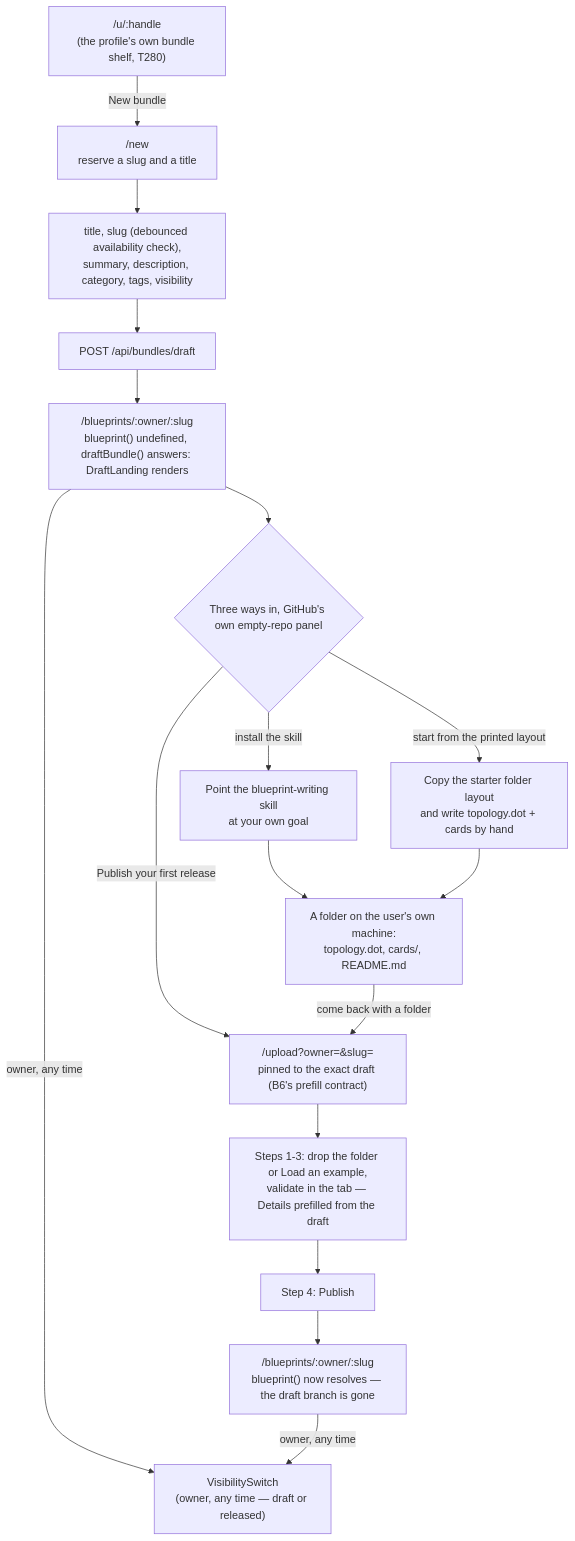
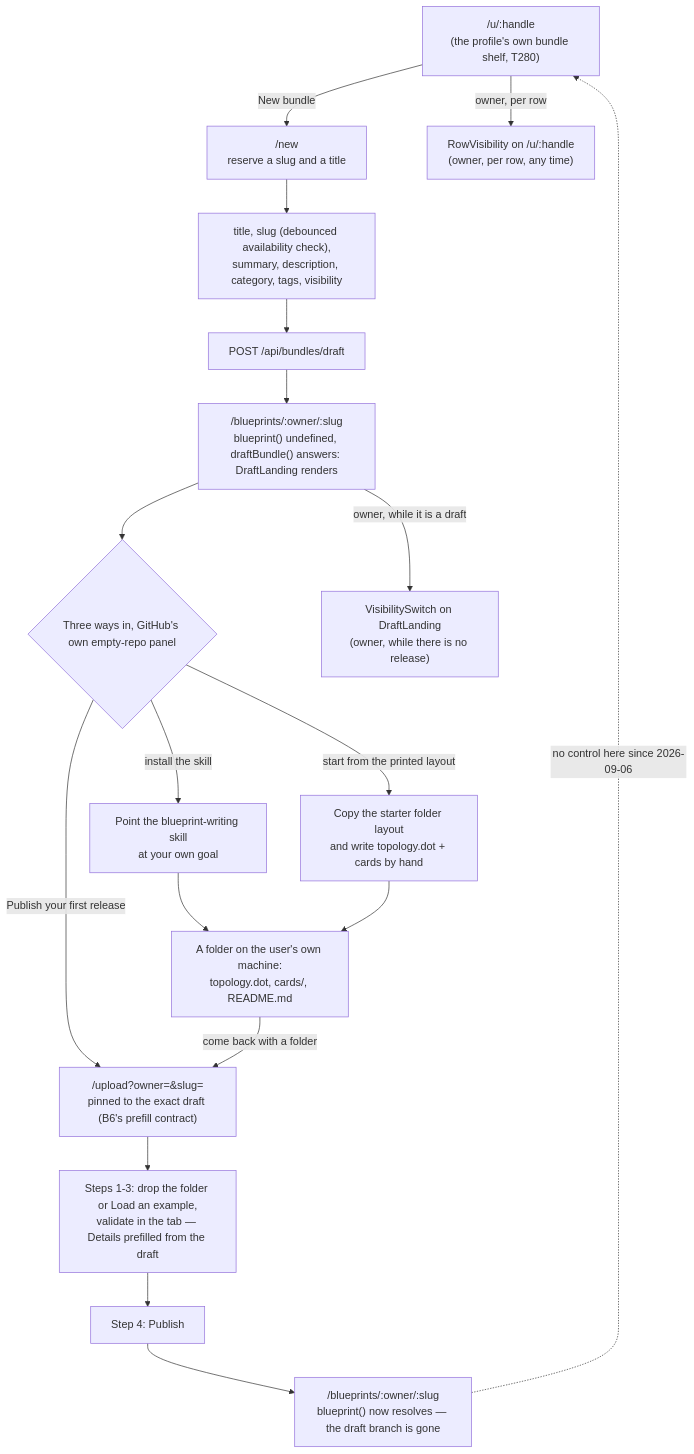
Before and after one commit to darkprint/darkprint: diagram 13 of 14 in docs/architecture/journeys.md, drawn with Mermaid. The commit also changed other lines of this file and 515 other files, not shown here.

````diff
--- a/docs/architecture/journeys.md
+++ b/docs/architecture/journeys.md
@@ -335,27 +370,29 @@
 ```mermaid
 flowchart TD
   myShelf["/u/:handle\n(the profile's own bundle shelf, T280)"]
   newPage["/new\nreserve a slug and a title"]
   form["title, slug (debounced availability check),\nsummary, description, category, tags, visibility"]
   createPost["POST /api/bundles/draft"]
   draftLanding["/blueprints/:owner/:slug\nblueprint() undefined, draftBundle() answers: DraftLanding renders"]
   threeWays{"Three ways in, GitHub's own empty-repo panel"}
   skillPath["Point the blueprint-writing skill\nat your own goal"]
   handPath["Copy the starter folder layout\nand write topology.dot + cards by hand"]
   localBuild["A folder on the user's own machine:\ntopology.dot, cards/, README.md"]
   uploadPinned["/upload?owner=&slug=\npinned to the exact draft (B6's prefill contract)"]
   wizard["Steps 1-3: drop the folder or Load an example,\nvalidate in the tab — Details prefilled from the draft"]
   publishStep["Step 4: Publish"]
   detail["/blueprints/:owner/:slug\nblueprint() now resolves — the draft branch is gone"]
-  visibilitySwitch["VisibilitySwitch\n(owner, any time — draft or released)"]
+  rowVisibility["RowVisibility on /u/:handle\n(owner, per row, any time)"]
+  draftSwitch["VisibilitySwitch on DraftLanding\n(owner, while there is no release)"]
 
   myShelf -->|"New bundle"| newPage --> form --> createPost --> draftLanding
   draftLanding --> threeWays
   threeWays -->|"Publish your first release"| uploadPinned
   threeWays -->|"install the skill"| skillPath --> localBuild
   threeWays -->|"start from the printed layout"| handPath --> localBuild
   localBuild -->|"come back with a folder"| uploadPinned
   uploadPinned --> wizard --> publishStep --> detail
-  draftLanding -->|"owner, any time"| visibilitySwitch
-  detail -->|"owner, any time"| visibilitySwitch
+  draftLanding -->|"owner, while it is a draft"| draftSwitch
+  myShelf -->|"owner, per row"| rowVisibility
+  detail -.->|"no control here since 2026-09-06"| myShelf
 ```
````
